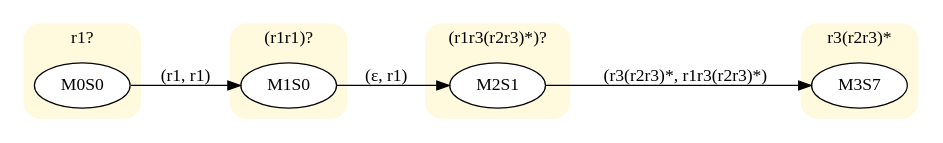
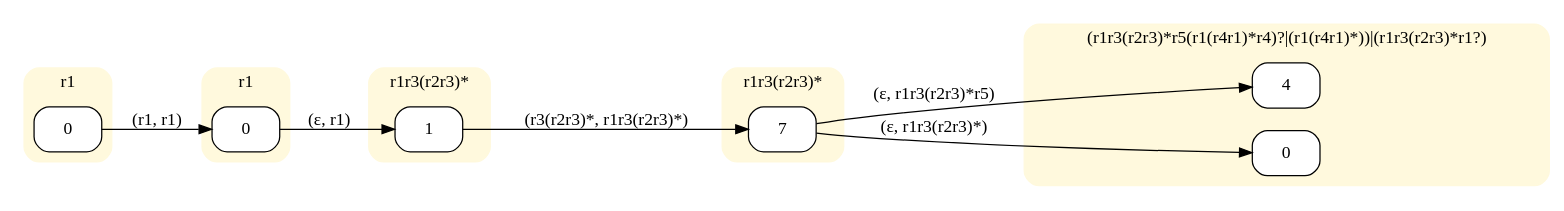
One commit to Stefano-BS/Explanatory-Diagnosis changed the diagram in input/s2_MON.dot. Above: the diagram before and after it, drawn with Graphviz. The commit also changed 27 other files, not shown here.

```diff
--- a/input/s2_MON.dot
+++ b/input/s2_MON.dot
@@ -1,27 +1,35 @@
 digraph "MONinput/s2" {
 rankdir=LR
 node [style=filled fillcolor=white]
 subgraph cluster0 {
-style="rounded,filled" color="#FFF9DD"
-label="r1?"
-M0S0 ;
+style="rounded,filled" color="#FFF9DD" node [style="rounded,filled" shape=box fillcolor="#FFFFFF"]
+label="r1"
+M0S0 [label=0];
 }
 subgraph cluster1 {
-style="rounded,filled" color="#FFF9DD"
-label="(r1r1)?"
-M1S0 ;
+style="rounded,filled" color="#FFF9DD" node [style="rounded,filled" shape=box fillcolor="#FFFFFF"]
+label="r1"
+M1S0 [label=0];
 }
 subgraph cluster2 {
-style="rounded,filled" color="#FFF9DD"
-label="(r1r3(r2r3)*)?"
-M2S1 ;
+style="rounded,filled" color="#FFF9DD" node [style="rounded,filled" shape=box fillcolor="#FFFFFF"]
+label="r1r3(r2r3)*"
+M2S1 [label=1];
 }
 subgraph cluster3 {
-style="rounded,filled" color="#FFF9DD"
-label="r3(r2r3)*"
-M3S7 ;
+style="rounded,filled" color="#FFF9DD" node [style="rounded,filled" shape=box fillcolor="#FFFFFF"]
+label="r1r3(r2r3)*"
+M3S7 [label=7];
+}
+subgraph cluster4 {
+style="rounded,filled" color="#FFF9DD" node [style="rounded,filled" shape=box fillcolor="#FFFFFF"]
+label="(r1r3(r2r3)*r5(r1(r4r1)*r4)?|(r1(r4r1)*))|(r1r3(r2r3)*r1?)"
+M4S4 [label=4];
+M4S0 [label=0];
 }
 M0S0 -> M1S0 [label="(r1, r1)"]
 M1S0 -> M2S1 [label="(ε, r1)"]
 M2S1 -> M3S7 [label="(r3(r2r3)*, r1r3(r2r3)*)"]
+M3S7 -> M4S4 [label="(ε, r1r3(r2r3)*r5)"]
+M3S7 -> M4S0 [label="(ε, r1r3(r2r3)*)"]
 }
```
